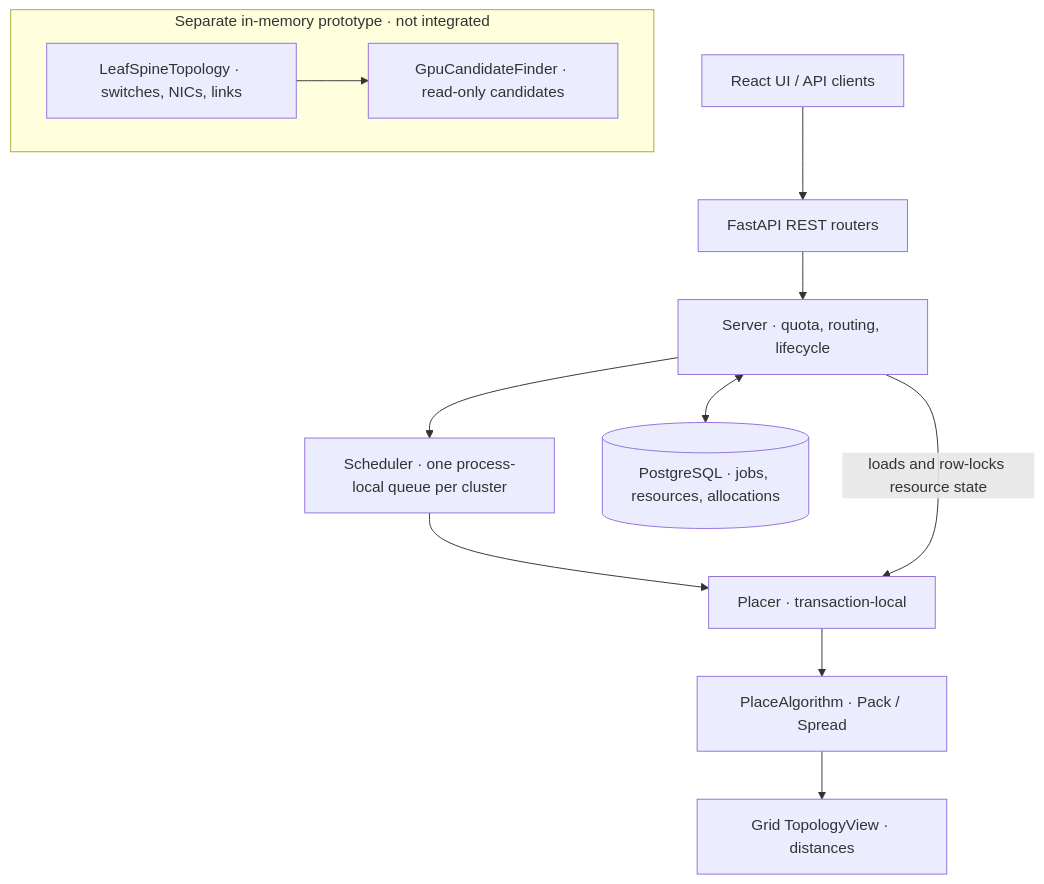
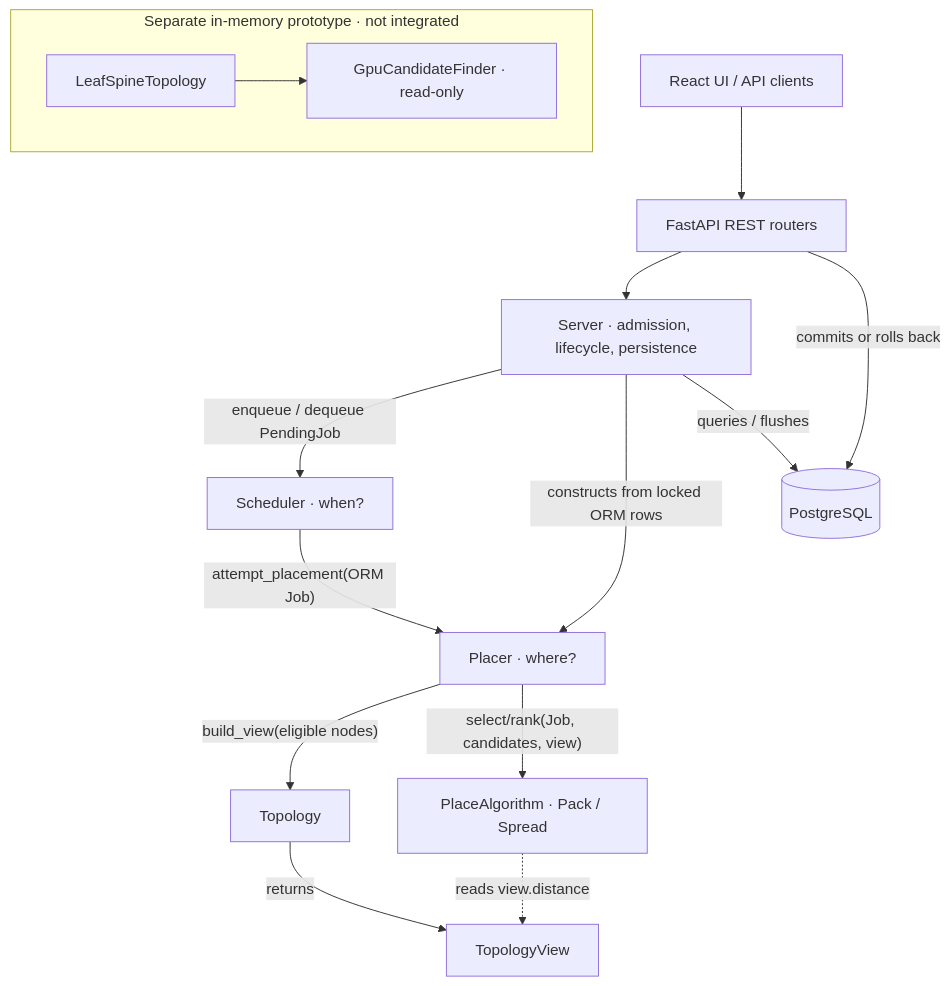
One commit to labo-man002/job-scheduler changed the first of 4 diagrams in docs/architecture.md. Above: the diagram before and after it, drawn with Mermaid. The commit also changed other lines of this file, not shown here.

Commit message:
docs: make call flow and topology view construction explicit

````diff
--- a/docs/architecture.md
+++ b/docs/architecture.md
@@ -11,15 +11,18 @@
 ```mermaid
 flowchart TD
     UI["React UI / API clients"] --> API["FastAPI REST routers"]
-    API --> S["Server · quota, routing, lifecycle"]
-    S --> Q["Scheduler · one process-local queue per cluster"]
-    Q --> P["Placer · transaction-local"]
-    P --> POLICY["PlaceAlgorithm · Pack / Spread"]
-    POLICY --> G["Grid TopologyView · distances"]
-    S <--> DB[("PostgreSQL · jobs, resources, allocations")]
-    S -- "loads and row-locks resource state" --> P
+    API --> S["Server · admission, lifecycle, persistence"]
+    S -- "enqueue / dequeue PendingJob" --> Q["Scheduler · when?"]
+    S -- "constructs from locked ORM rows" --> P["Placer · where?"]
+    Q -- "attempt_placement(ORM Job)" --> P
+    P -- "build_view(eligible nodes)" --> T["Topology"]
+    T -- "returns" --> V["TopologyView"]
+    P -- "select/rank(Job, candidates, view)" --> ALG["PlaceAlgorithm · Pack / Spread"]
+    ALG -. "reads view.distance" .-> V
+    S -- "queries / flushes" --> DB[("PostgreSQL")]
+    API -- "commits or rolls back" --> DB
 
     subgraph FABRIC["Separate in-memory prototype · not integrated"]
-        L["LeafSpineTopology · switches, NICs, links"] --> F["GpuCandidateFinder · read-only candidates"]
+        L["LeafSpineTopology"] --> F["GpuCandidateFinder · read-only"]
     end
 ```
````
